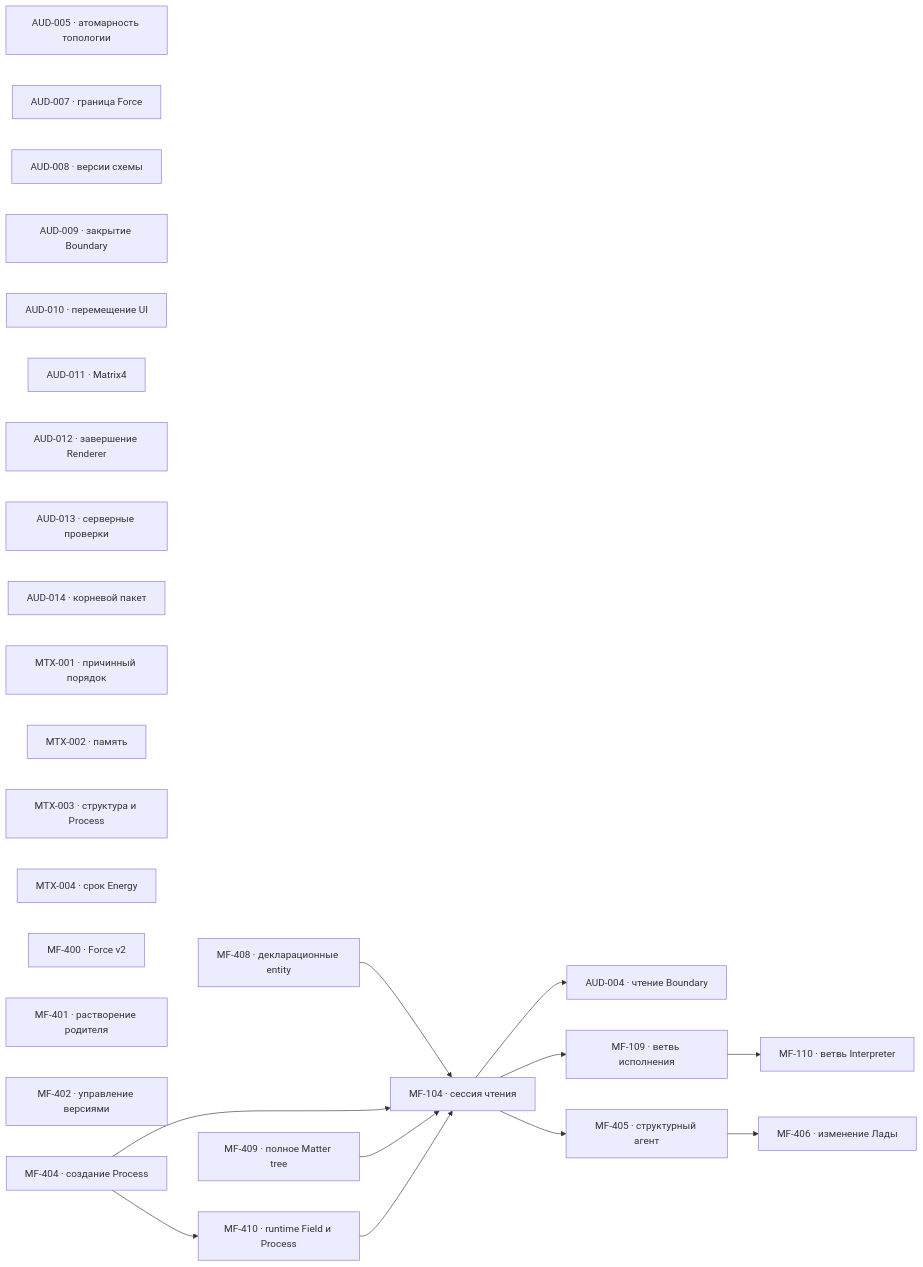
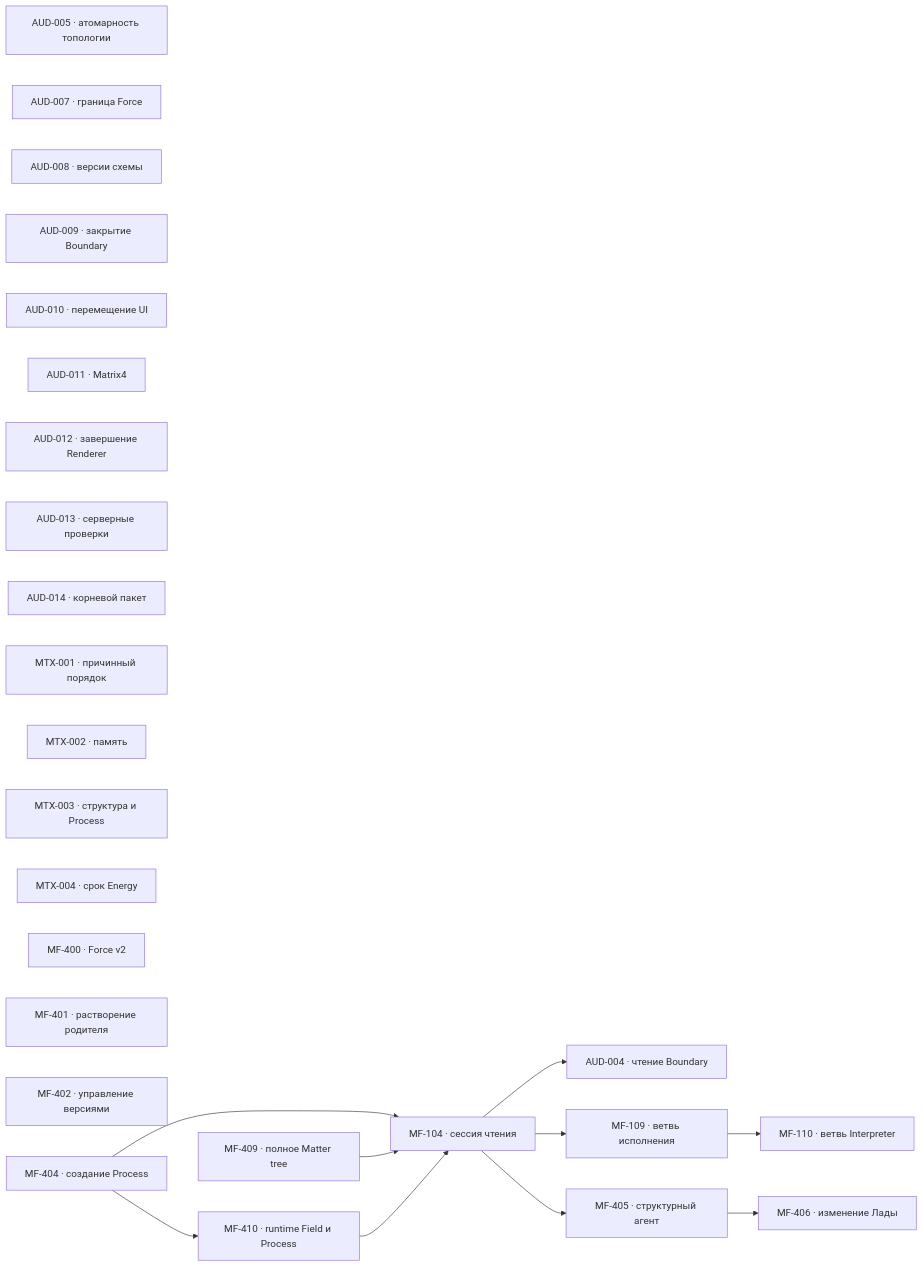
Before and after one commit to zavx0z/metafor: the diagram in project/TODO.md, drawn with Mermaid. The commit also changed other lines of this file and 1 other file, not shown here.

````diff
--- a/project/TODO.md
+++ b/project/TODO.md
@@ -13,40 +13,38 @@
 ```mermaid
 flowchart LR
     AUD004["AUD-004 · чтение Boundary"]
     AUD005["AUD-005 · атомарность топологии"]
     AUD007["AUD-007 · граница Force"]
     AUD008["AUD-008 · версии схемы"]
     AUD009["AUD-009 · закрытие Boundary"]
     AUD010["AUD-010 · перемещение UI"]
     AUD011["AUD-011 · Matrix4"]
     AUD012["AUD-012 · завершение Renderer"]
     AUD013["AUD-013 · серверные проверки"]
     AUD014["AUD-014 · корневой пакет"]
     MTX001["MTX-001 · причинный порядок"]
     MTX002["MTX-002 · память"]
     MTX003["MTX-003 · структура и Process"]
     MTX004["MTX-004 · срок Energy"]
     MF104["MF-104 · сессия чтения"]
     MF109["MF-109 · ветвь исполнения"]
     MF110["MF-110 · ветвь Interpreter"]
     MF400["MF-400 · Force v2"]
     MF401["MF-401 · растворение родителя"]
     MF402["MF-402 · управление версиями"]
     MF404["MF-404 · создание Process"]
     MF405["MF-405 · структурный агент"]
     MF406["MF-406 · изменение Лады"]
-    MF408["MF-408 · декларационные entity"]
     MF409["MF-409 · полное Matter tree"]
     MF410["MF-410 · runtime Field и Process"]
 
     MF404 --> MF410
-    MF408 --> MF104
     MF404 --> MF104
     MF409 --> MF104
     MF410 --> MF104
     MF104 --> AUD004
     MF104 --> MF109
     MF109 --> MF110
     MF104 --> MF405
     MF405 --> MF406
 ```
````
